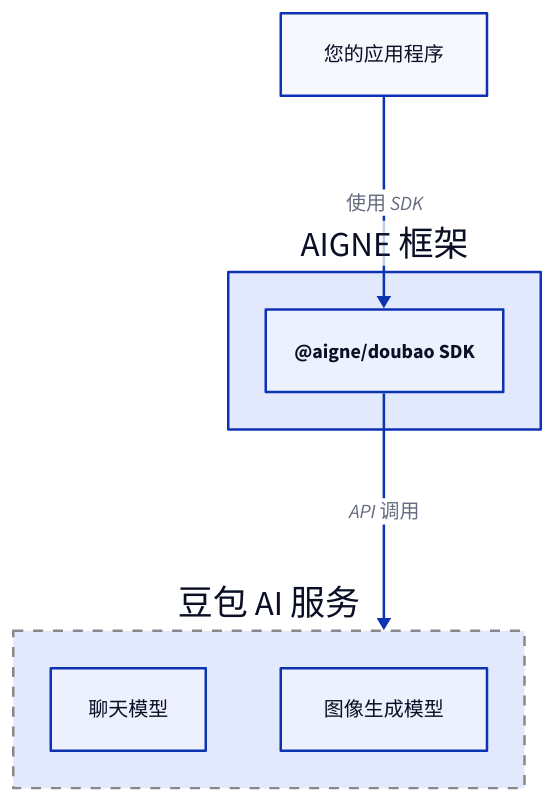
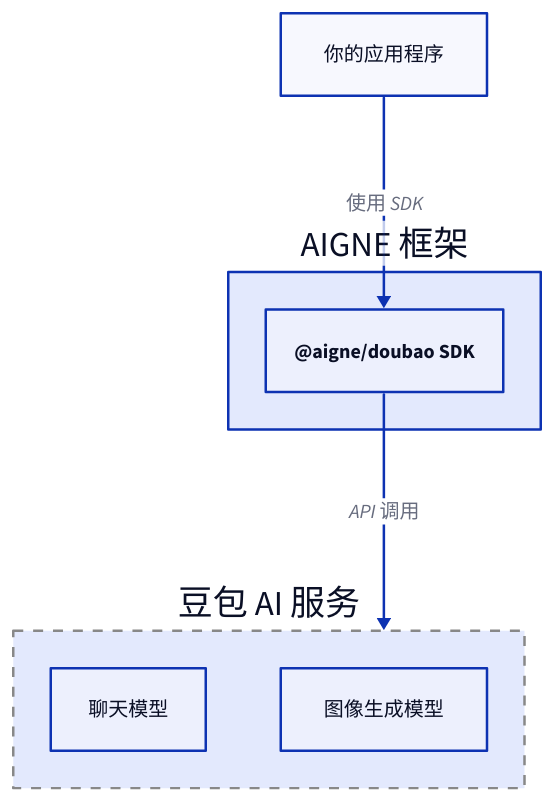
One commit to AIGNE-io/aigne-framework changed the diagram in .aigne/doc-smith/docs/models-doubao.zh.md. Above: the diagram before and after it, drawn with D2. The commit also changed other lines of this file and 141 other files, not shown here.

````diff
--- a/.aigne/doc-smith/docs/models-doubao.zh.md
+++ b/.aigne/doc-smith/docs/models-doubao.zh.md
@@ -5,37 +5,37 @@
 ```d2
 direction: down
 
 User-Application: {
-  label: "您的应用程序"
+  label: "你的应用程序"
   shape: rectangle
 }
 
 AIGNE-Framework: {
   label: "AIGNE 框架"
   shape: rectangle
 
   aigne-doubao-SDK: {
     label: "@aigne/doubao SDK"
     shape: rectangle
   }
 }
 
 Doubao-AI-Service: {
   label: "豆包 AI 服务"
   shape: rectangle
   style: {
     stroke: "#888"
     stroke-dash: 4
   }
 
   Chat-Models: {
     label: "聊天模型"
   }
   Image-Models: {
     label: "图像生成模型"
   }
 }
 
 User-Application -> AIGNE-Framework.aigne-doubao-SDK: "使用 SDK"
 AIGNE-Framework.aigne-doubao-SDK -> Doubao-AI-Service: "API 调用"
 ```
````
